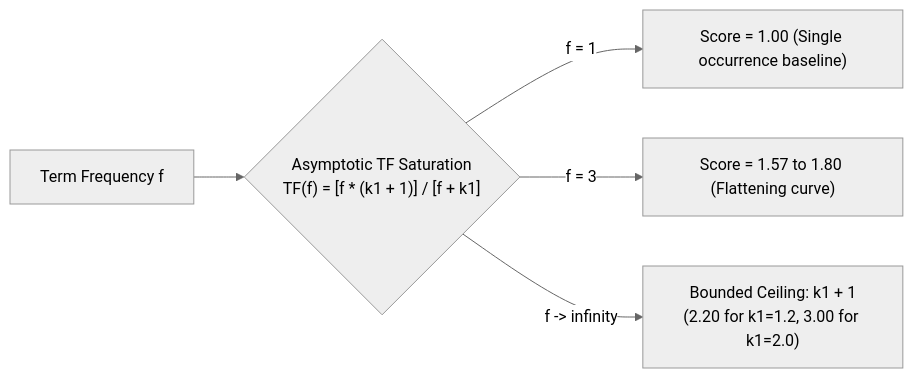
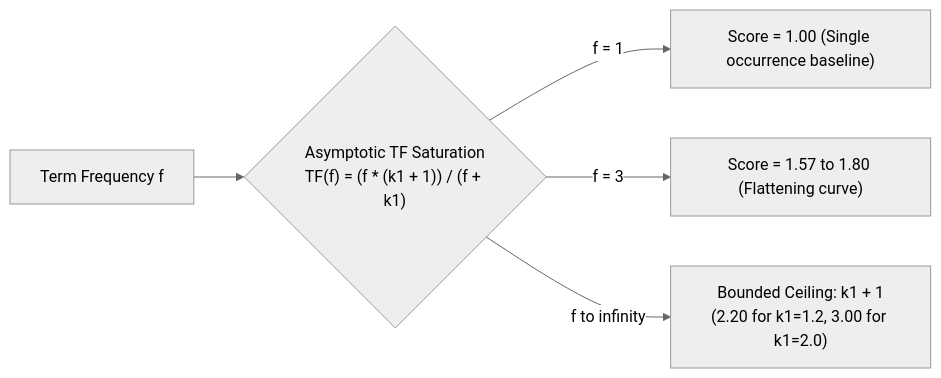
Before and after one commit to divyansh070/ml_notes: the third of 8 diagrams in rag-guide/02-retrieval-primitives.md, drawn with Mermaid (neutral theme). The commit also changed other lines of this file, not shown here.

Commit message:
fix(rag-guide): harden all Mermaid diagrams in 02-retrieval-primitives.md for GitHub

````diff
--- a/rag-guide/02-retrieval-primitives.md
+++ b/rag-guide/02-retrieval-primitives.md
@@ -123,7 +123,7 @@
 ```mermaid
 flowchart LR
-    RAW_F["Term Frequency f"] --> COMP{"Asymptotic TF Saturation<br/>TF(f) = [f * (k1 + 1)] / [f + k1]"}
+    RAW_F["Term Frequency f"] --> COMP{"Asymptotic TF Saturation<br/>TF(f) = (f * (k1 + 1)) / (f + k1)"}
     COMP -->|"f = 1"| S1["Score = 1.00 (Single occurrence baseline)"]
     COMP -->|"f = 3"| S2["Score = 1.57 to 1.80 (Flattening curve)"]
-    COMP -->|"f -> infinity"| S3["Bounded Ceiling: k1 + 1<br/>(2.20 for k1=1.2, 3.00 for k1=2.0)"]
+    COMP -->|"f to infinity"| S3["Bounded Ceiling: k1 + 1<br/>(2.20 for k1=1.2, 3.00 for k1=2.0)"]
 ```
````
